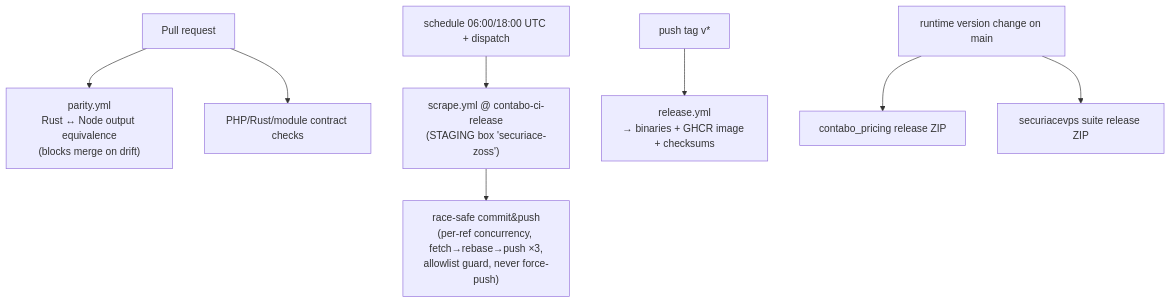
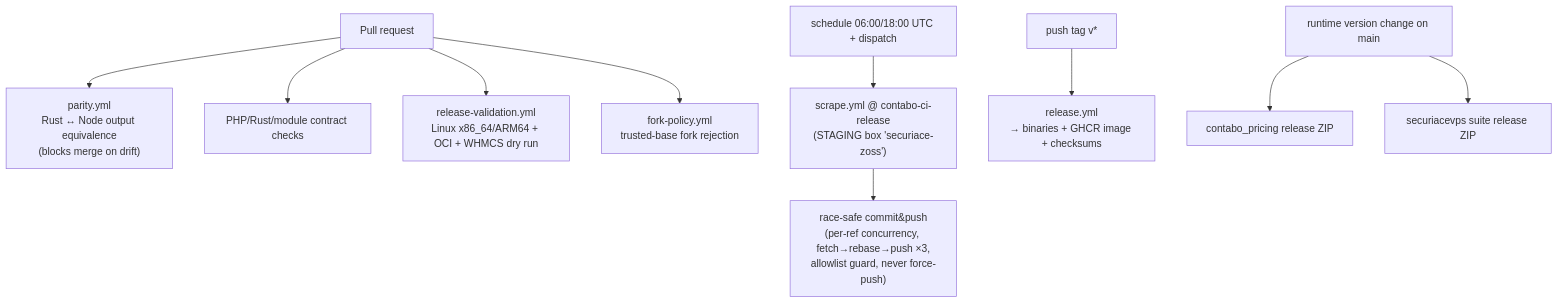
One commit to securiace-dev/contabo-pricing-scraper changed the fifth of 5 diagrams in README.md. Above: the diagram before and after it, drawn with Mermaid. The commit also changed other lines of this file and 1 other file, not shown here.

Commit message:
docs(ops): document Linux release safeguards

````diff
--- a/README.md
+++ b/README.md
@@ -277,10 +277,12 @@
 ```mermaid
 flowchart TD
   PR["Pull request"] --> PAR["parity.yml\nRust ↔ Node output equivalence\n(blocks merge on drift)"]
   PR --> TEST["PHP/Rust/module contract checks"]
+  PR --> DRY["release-validation.yml\nLinux x86_64/ARM64 + OCI + WHMCS dry run"]
+  PR --> TRUST["fork-policy.yml\ntrusted-base fork rejection"]
   CRON["schedule 06:00/18:00 UTC + dispatch"] --> SCR["scrape.yml @ contabo-ci-release\n(STAGING box 'securiace-zoss')"]
   SCR --> PUSH["race-safe commit&push\n(per-ref concurrency, fetch→rebase→push ×3,\nallowlist guard, never force-push)"]
   TAGV["push tag v*"] --> RELY["release.yml\n→ binaries + GHCR image + checksums"]
   MAIN["runtime version change on main"] --> ADDONREL["contabo_pricing release ZIP"]
   MAIN --> VPSREL["securiacevps suite release ZIP"]
 ```
````
